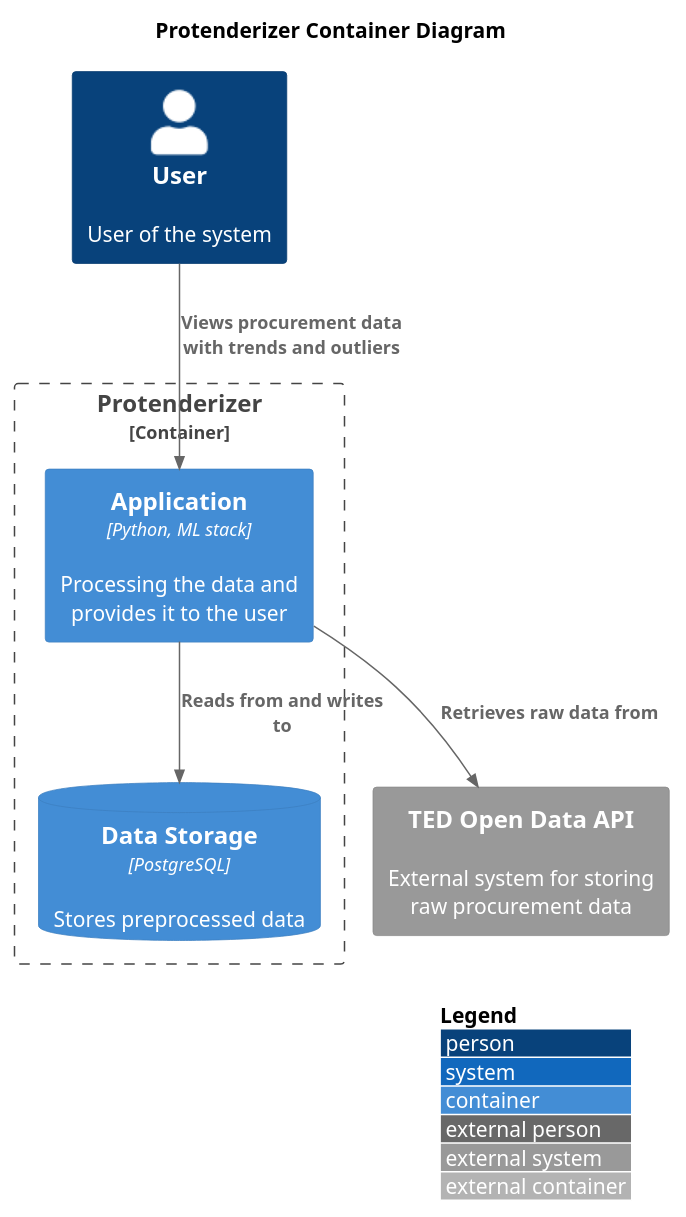
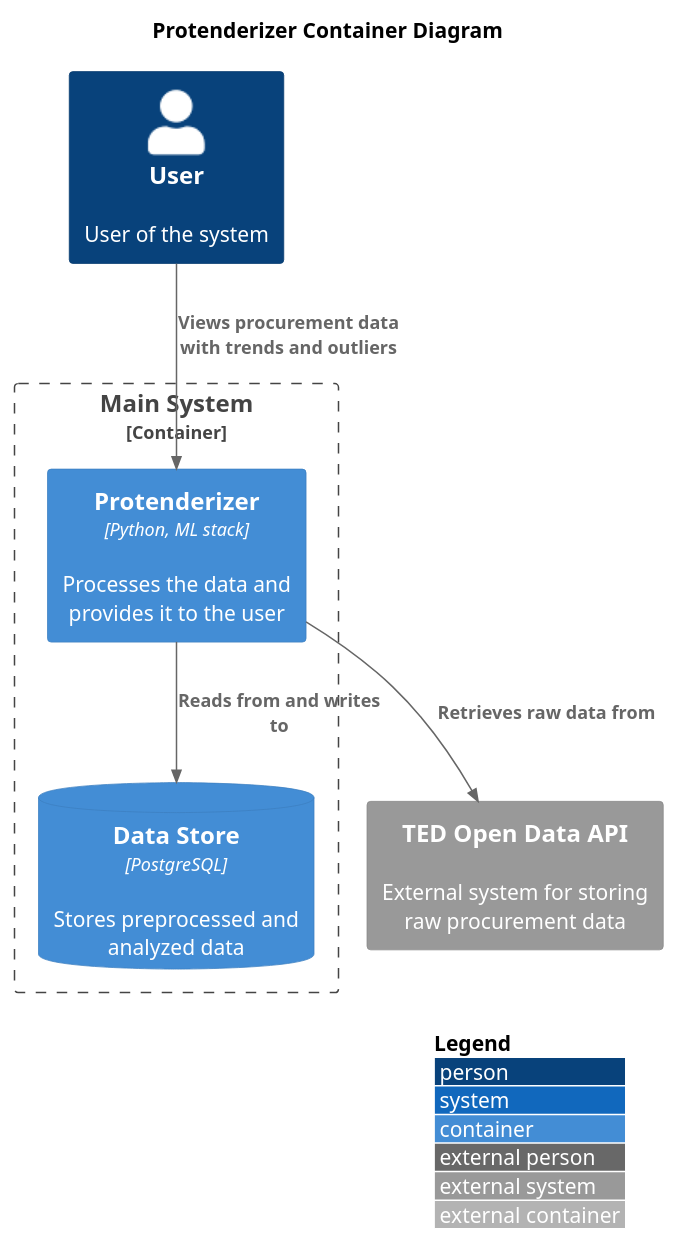
The diagram in plantuml/protenderizer-container.puml (danssolutions/protenderizer), drawn with PlantUML before and after one commit. The commit also changed 2 other files, not shown here.

Commit message:
Adding component diagram

```diff
--- a/plantuml/protenderizer-container.puml
+++ b/plantuml/protenderizer-container.puml
@@ -1,23 +1,23 @@
 @startuml protenderizer-container
 !include <C4/C4_Container.puml>
 
 LAYOUT_TOP_DOWN()
 'LAYOUT_AS_SKETCH()
 LAYOUT_WITH_LEGEND()
 
 title Protenderizer Container Diagram
 
 Person(user, "User", "User of the system")
 
 System_Ext(ted, "TED Open Data API", "External system for storing raw procurement data")
 
-Container_Boundary(main_system, "Protenderizer") {
-    Container(application, "Application", "Python, ML stack", "Processing the data and provides it to the user")
-    ContainerDb(data_storage, "Data Storage", "PostgreSQL", "Stores preprocessed data")
+Container_Boundary(main_system, "Main System") {
+    Container(application, "Protenderizer", "Python, ML stack", "Processes the data and provides it to the user")
+    ContainerDb(data_storage, "Data Store", "PostgreSQL", "Stores preprocessed and analyzed data")
 }
 
 Rel(user, application, "Views procurement data with trends and outliers")
 Rel(application, ted, "Retrieves raw data from")
 Rel(application, data_storage, "Reads from and writes to")
 
 @enduml
```
